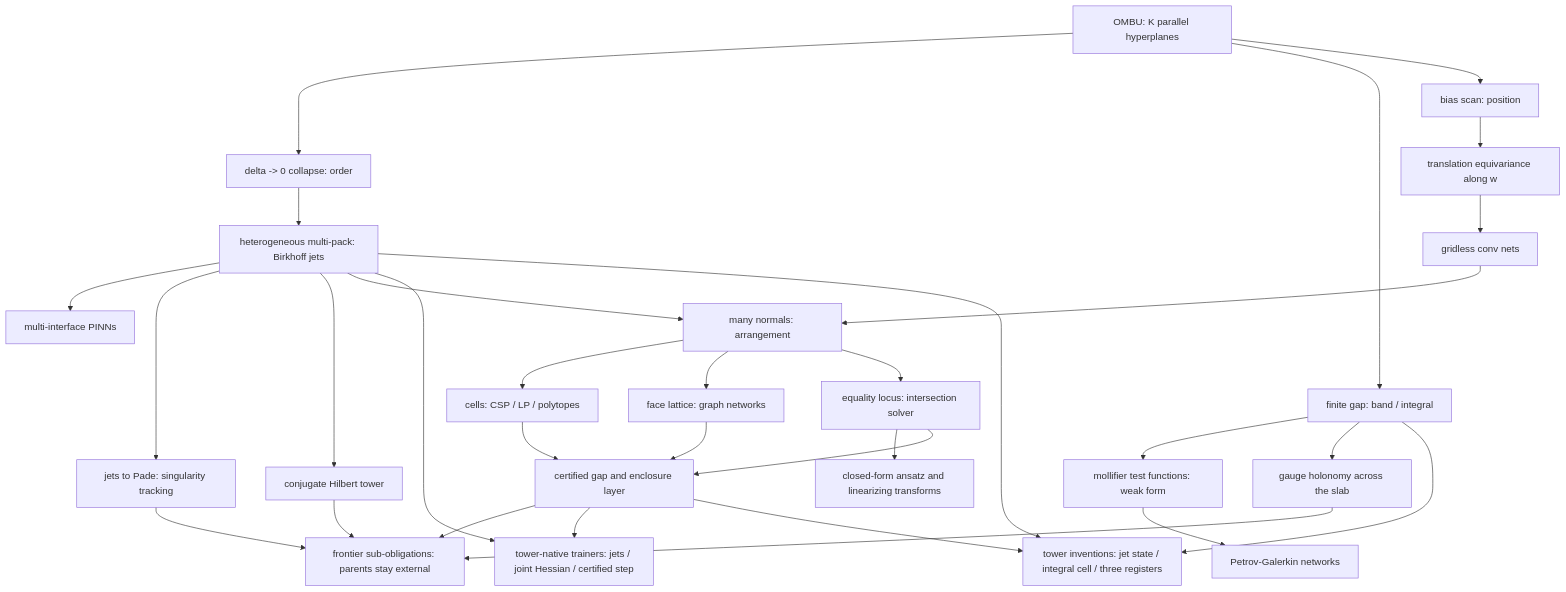
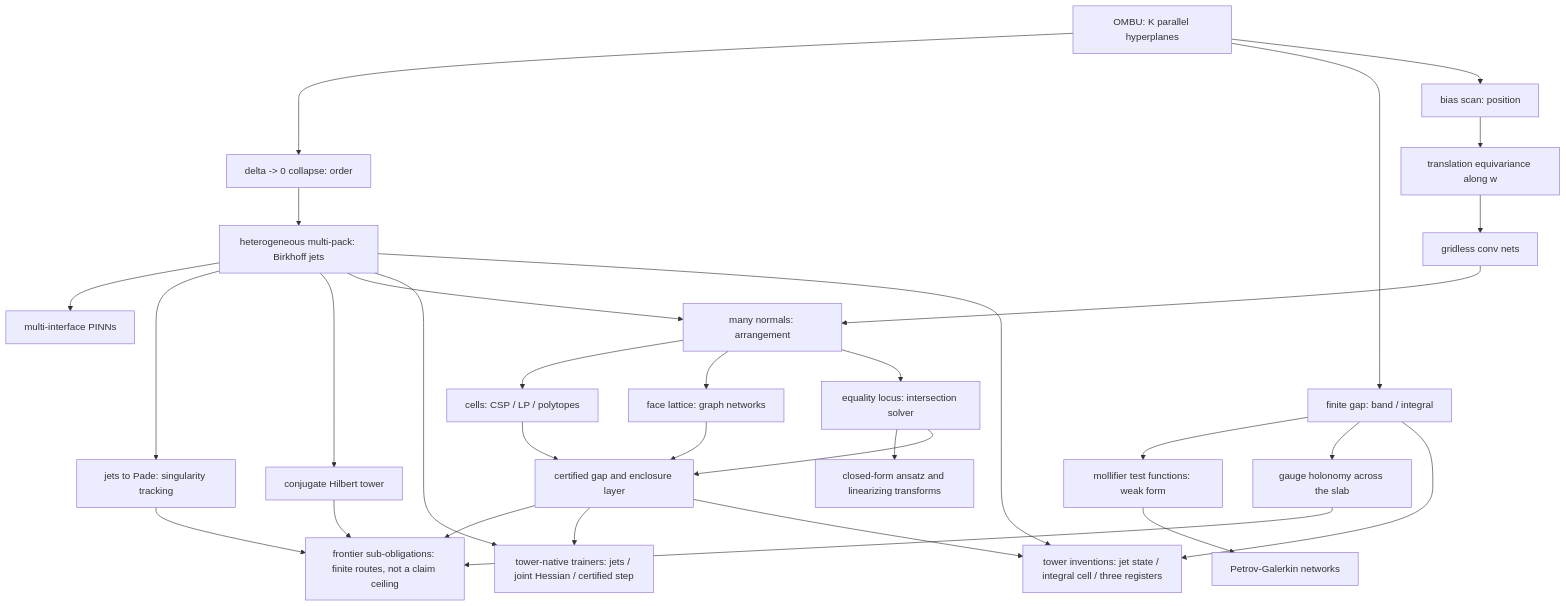
One commit to derivon-ai/omnibias changed the diagram in theory/README.md. Above: the diagram before and after it, drawn with Mermaid. The commit also changed other lines of this file and 17 other files, not shown here.

````diff
--- a/theory/README.md
+++ b/theory/README.md
@@ -63,33 +63,33 @@
 ```mermaid
 flowchart TD
   OMBU["OMBU: K parallel hyperplanes"] --> Collapse["delta -> 0 collapse: order"]
   OMBU --> Gap["finite gap: band / integral"]
   OMBU --> Scan["bias scan: position"]
   Collapse --> Multipack["heterogeneous multi-pack: Birkhoff jets"]
   Gap --> Weak["mollifier test functions: weak form"]
   Gap --> Holonomy["gauge holonomy across the slab"]
   Scan --> Equivariance["translation equivariance along w"]
   Multipack --> Interfaces["multi-interface PINNs"]
   Multipack --> Pade["jets to Pade: singularity tracking"]
   Multipack --> Conjugate["conjugate Hilbert tower"]
   Weak --> VPINN["Petrov-Galerkin networks"]
   Equivariance --> ScanNet["gridless conv nets"]
   Multipack --> Arrangement["many normals: arrangement"]
   ScanNet --> Arrangement
   Arrangement --> Cells["cells: CSP / LP / polytopes"]
   Arrangement --> Faces["face lattice: graph networks"]
   Arrangement --> Locus["equality locus: intersection solver"]
   Locus --> Ansatz["closed-form ansatz and linearizing transforms"]
   Cells --> Certify["certified gap and enclosure layer"]
   Faces --> Certify
   Locus --> Certify
-  Pade --> Frontier["frontier sub-obligations: parents stay external"]
+  Pade --> Frontier["frontier sub-obligations: finite routes, not a claim ceiling"]
   Conjugate --> Frontier
   Holonomy --> Frontier
   Certify --> Frontier
   Multipack --> Training["tower-native trainers: jets / joint Hessian / certified step"]
   Certify --> Training
   Multipack --> Inventions["tower inventions: jet state / integral cell / three registers"]
   Gap --> Inventions
   Certify --> Inventions
 ```
````
